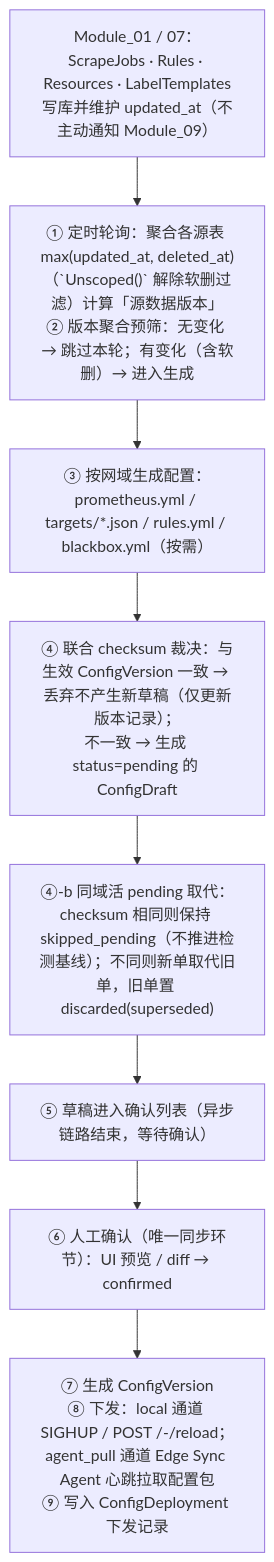
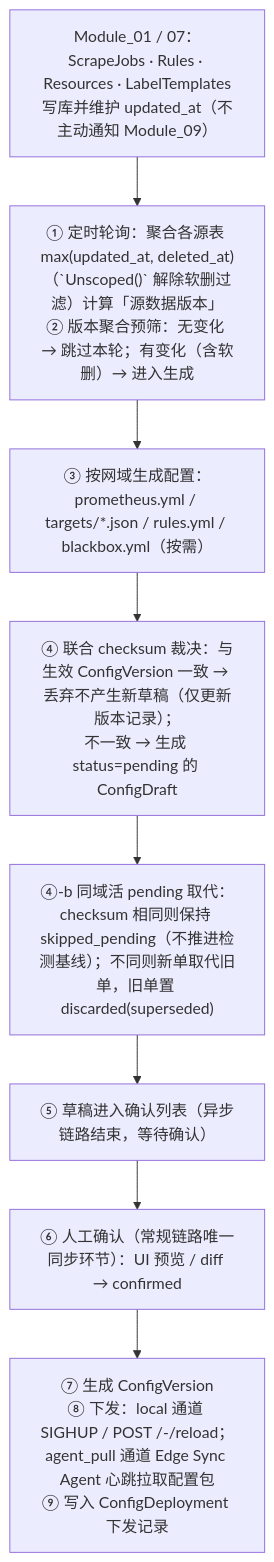
One commit to vickiechen1128/CNCF_Monitor changed the second of 5 diagrams in docs/02-product-requirements/Modules/Module_09_Network_Domain_and_Edge_Config_Center.md. Above: the diagram before and after it, drawn with Mermaid. The commit also changed other lines of this file and 3 other files, not shown here.

````diff
--- a/docs/02-product-requirements/Modules/Module_09_Network_Domain_and_Edge_Config_Center.md
+++ b/docs/02-product-requirements/Modules/Module_09_Network_Domain_and_Edge_Config_Center.md
@@ -288,12 +290,12 @@
 ```mermaid
 flowchart TD
   A["Module_01 / 07：ScrapeJobs · Rules · Resources · LabelTemplates<br/>写库并维护 updated_at（不主动通知 Module_09）"]
   B["① 定时轮询：聚合各源表 max(updated_at, deleted_at)（`Unscoped()` 解除软删过滤）计算「源数据版本」<br/>② 版本聚合预筛：无变化 → 跳过本轮；有变化（含软删）→ 进入生成"]
   C["③ 按网域生成配置：prometheus.yml / targets/*.json / rules.yml / blackbox.yml（按需）"]
   D["④ 联合 checksum 裁决：与生效 ConfigVersion 一致 → 丢弃不产生新草稿（仅更新版本记录）；<br/>不一致 → 生成 status=pending 的 ConfigDraft"]
   E["⑤ 草稿进入确认列表（异步链路结束，等待确认）"]
-  F["⑥ 人工确认（唯一同步环节）：UI 预览 / diff → confirmed"]
+  F["⑥ 人工确认（常规链路唯一同步环节）：UI 预览 / diff → confirmed"]
   G["⑦ 生成 ConfigVersion<br/>⑧ 下发：local 通道 SIGHUP / POST /-/reload；agent_pull 通道 Edge Sync Agent 心跳拉取配置包<br/>⑨ 写入 ConfigDeployment 下发记录"]
   E1["④-b 同域活 pending 取代：checksum 相同则保持 skipped_pending（不推进检测基线）；不同则新单取代旧单，旧单置 discarded(superseded)"]
   A --> B --> C --> D --> E1 --> E --> F --> G
 ```
````
